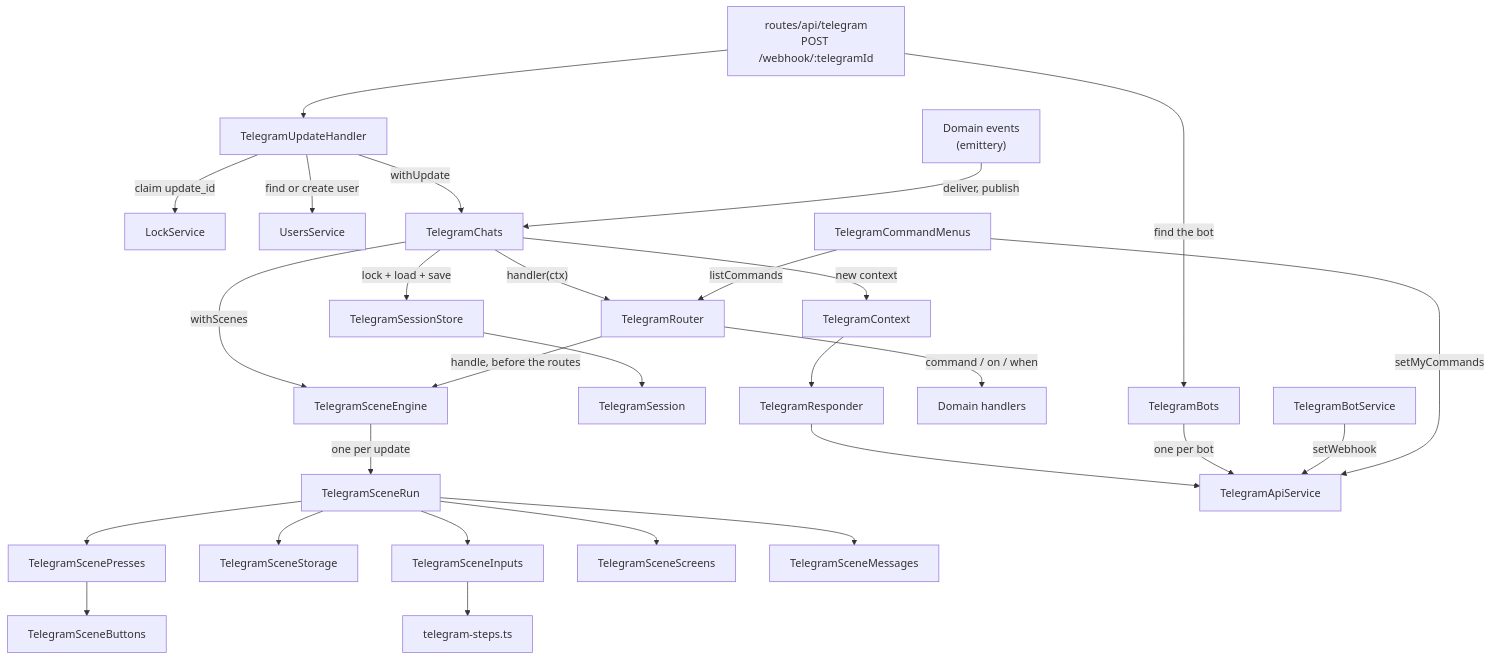
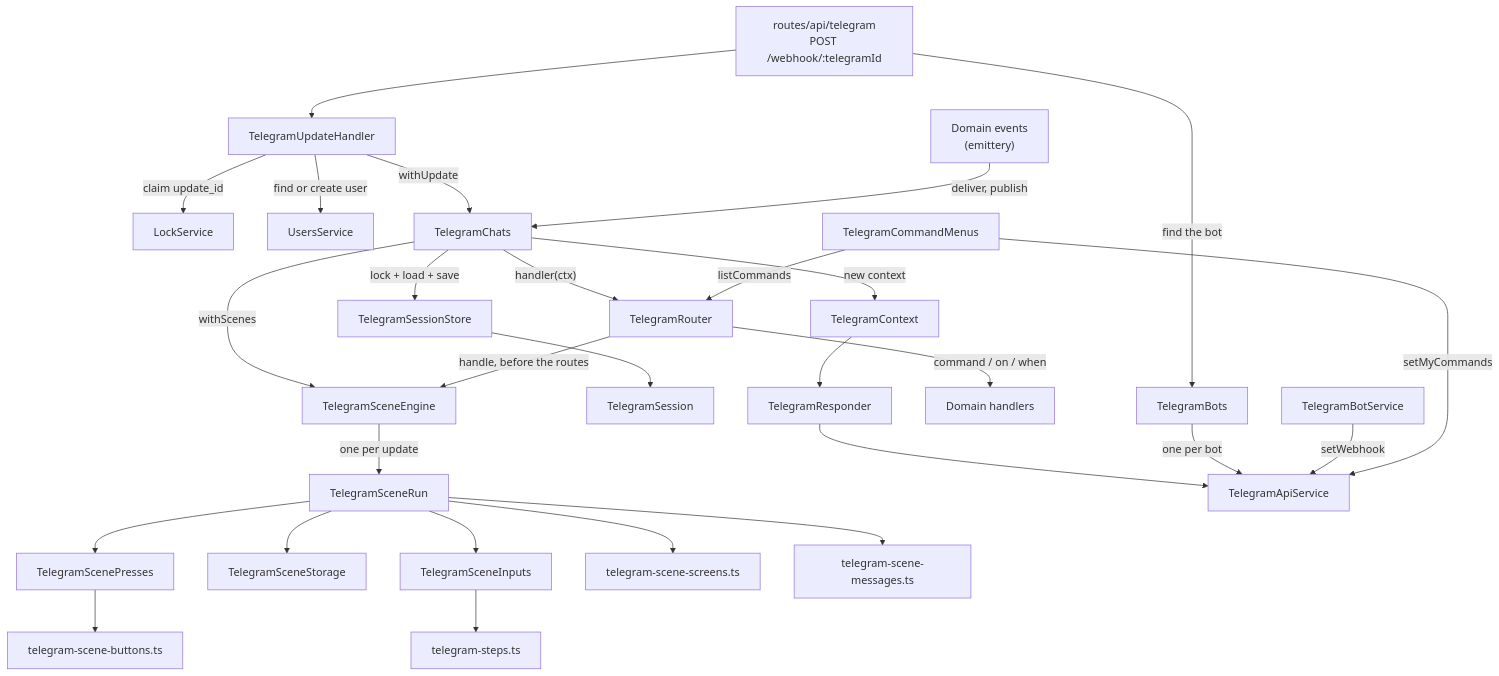
The first of 6 diagrams in apps/server/src/plugins/app/telegram/README.md (ayuvlasenko/smart-assistant), drawn with Mermaid before and after one commit. The commit also changed 9 other files, not shown here.

````diff
--- a/apps/server/src/plugins/app/telegram/README.md
+++ b/apps/server/src/plugins/app/telegram/README.md
@@ -238,36 +238,36 @@
 ```mermaid
 flowchart TD
     route["routes/api/telegram<br/>POST /webhook/:telegramId"] -->|"find the bot"| bots[TelegramBots]
     route --> handler[TelegramUpdateHandler]
     handler -->|"claim update_id"| lock[LockService]
     handler -->|"find or create user"| users[UsersService]
     handler -->|withUpdate| chats[TelegramChats]
 
     chats -->|"lock + load + save"| sessions[TelegramSessionStore]
     sessions --> session[TelegramSession]
     chats -->|"new context"| ctx[TelegramContext]
     chats -->|withScenes| engine[TelegramSceneEngine]
     chats -->|"handler(ctx)"| router[TelegramRouter]
 
     router -->|"handle, before the routes"| engine
     router -->|"command / on / when"| domain["Domain handlers"]
 
     engine -->|"one per update"| run[TelegramSceneRun]
     run --> presses[TelegramScenePresses]
-    presses --> buttons[TelegramSceneButtons]
+    presses --> buttons["telegram-scene-buttons.ts"]
     run --> storage[TelegramSceneStorage]
     run --> inputs[TelegramSceneInputs]
-    run --> screens[TelegramSceneScreens]
-    run --> messages[TelegramSceneMessages]
+    run --> screens["telegram-scene-screens.ts"]
+    run --> messages["telegram-scene-messages.ts"]
     inputs --> steps["telegram-steps.ts"]
 
     ctx --> responder[TelegramResponder]
     responder --> api[TelegramApiService]
     bots -->|"one per bot"| api
 
     domainEvents["Domain events<br/>(emittery)"] -->|"deliver, publish"| chats
 
     bot[TelegramBotService] -->|setWebhook| api
     menus[TelegramCommandMenus] -->|setMyCommands| api
     menus -->|listCommands| router
 ```
````
